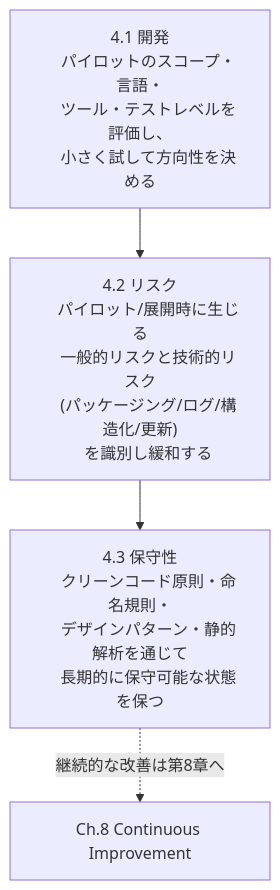
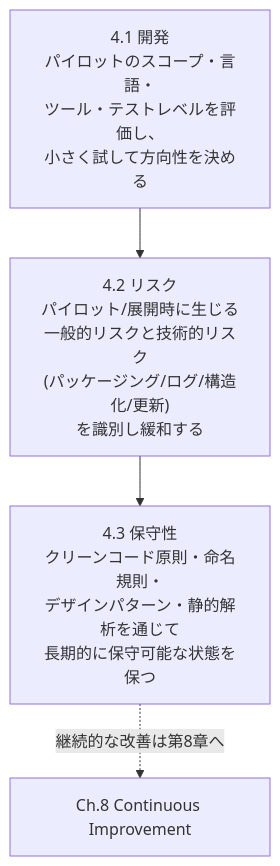
The sixth of 6 diagrams in Ctal-tae-v2.0-ch4-implementing-test-automation.md (myoshi2891/Quality-Assurance-Studies), drawn with Mermaid before and after one commit. The commit also changed other lines of this file and 1 other file, not shown here.

Commit message:
docs(ctal-tae): 第3章規格参照の更新および第4章Mermaid構文とリポジトリ管理記述の改善

````diff
--- a/Ctal-tae-v2.0-ch4-implementing-test-automation.md
+++ b/Ctal-tae-v2.0-ch4-implementing-test-automation.md
@@ -339,19 +302,9 @@
 ```mermaid
 flowchart TD
-    P1["4.1 開発
-    パイロットのスコープ・言語・
-    ツール・テストレベルを評価し、
-    小さく試して方向性を決める"]
-    P2["4.2 リスク
-    パイロット/展開時に生じる
-    一般的リスクと技術的リスク
-    (パッケージング/ログ/構造化/更新)
-    を識別し緩和する"]
-    P3["4.3 保守性
-    クリーンコード原則・命名規則・
-    デザインパターン・静的解析を通じて
-    長期的に保守可能な状態を保つ"]
+    P1["4.1 開発<br/>パイロットのスコープ・言語・<br/>ツール・テストレベルを評価し、<br/>小さく試して方向性を決める"]
+    P2["4.2 リスク<br/>パイロット/展開時に生じる<br/>一般的リスクと技術的リスク<br/>(パッケージング/ログ/構造化/更新)<br/>を識別し緩和する"]
+    P3["4.3 保守性<br/>クリーンコード原則・命名規則・<br/>デザインパターン・静的解析を通じて<br/>長期的に保守可能な状態を保つ"]
 
     P1 --> P2 --> P3
     P3 -.->|継続的な改善は第8章へ| P4["Ch.8 Continuous Improvement"]
 ```
````
